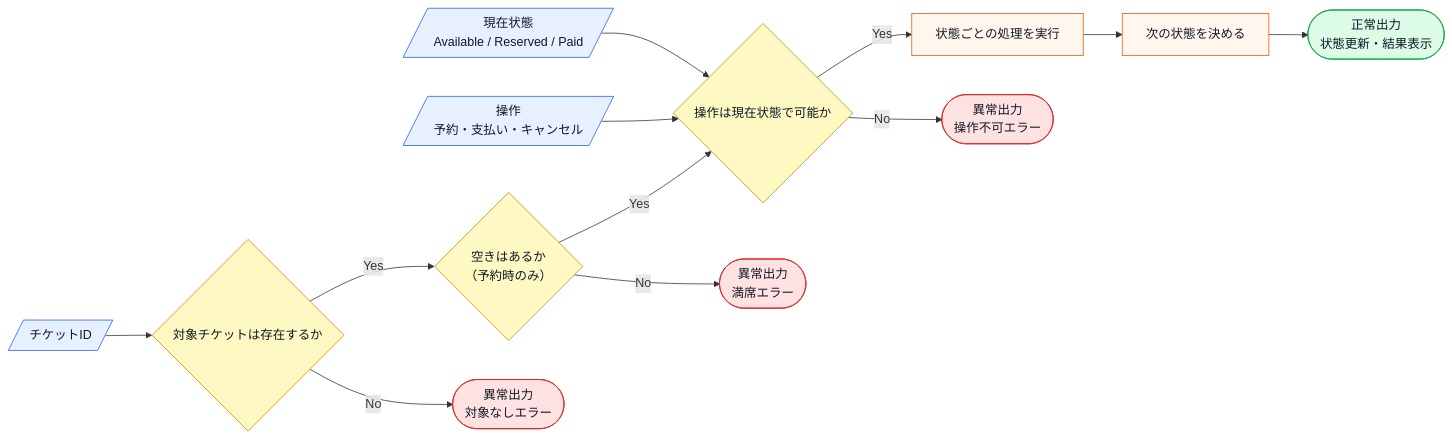
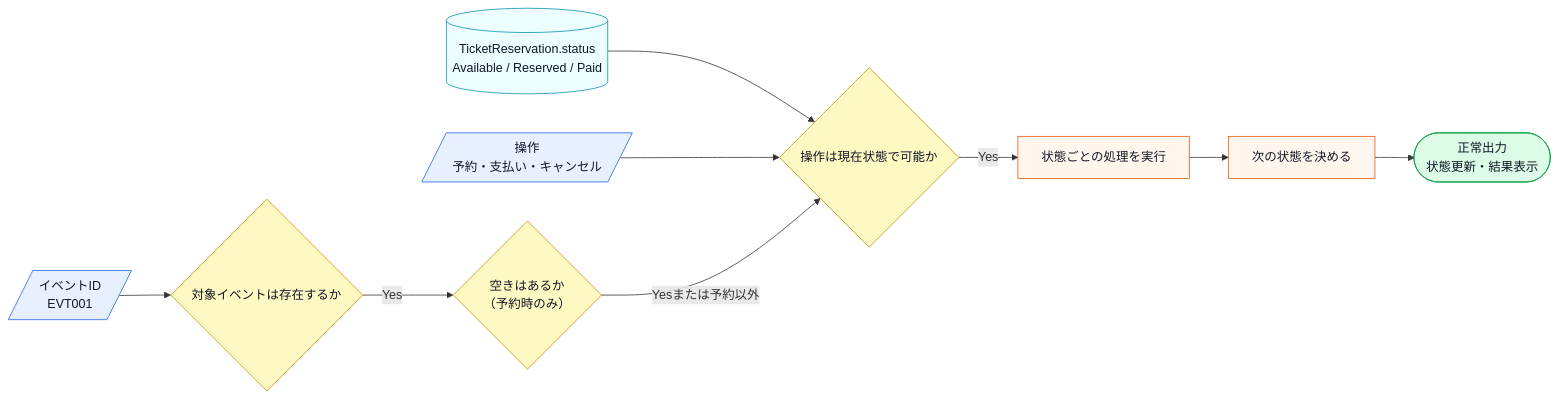
One commit to kumachan1101-pixel/DesignPattern changed the second of 12 diagrams in kindle/design-patterns/output/chapter03.md. Above: the diagram before and after it, drawn with Mermaid. The commit also changed other lines of this file and 11 other files, not shown here.

Commit message:
docs: 残タスクの仕様図と外部境界を全章反映

````diff
--- a/kindle/design-patterns/output/chapter03.md
+++ b/kindle/design-patterns/output/chapter03.md
@@ -44,20 +63,17 @@
 ```mermaid
 flowchart LR
-    A[/現在状態<br>Available / Reserved / Paid/]:::input --> B{操作は現在状態で可能か}:::decision
+    A[(TicketReservation.status<br>Available / Reserved / Paid)]:::data --> B{操作は現在状態で可能か}:::decision
     C[/操作<br>予約・支払い・キャンセル/]:::input --> B
-    D[/チケットID/]:::input --> E{対象チケットは存在するか}:::decision
+    D[/イベントID<br>EVT001/]:::input --> E{対象イベントは存在するか}:::decision
     E -->|Yes| K{空きはあるか<br>（予約時のみ）}:::decision
-    K -->|Yes| B
+    K -->|Yesまたは予約以外| B
     B -->|Yes| F[状態ごとの処理を実行]:::process
     F --> G[次の状態を決める]:::process
     G --> H([正常出力<br>状態更新・結果表示]):::normal
-    E -->|No| I([異常出力<br>対象なしエラー]):::error
-    K -->|No| L([異常出力<br>満席エラー]):::error
-    B -->|No| J([異常出力<br>操作不可エラー]):::error
 
+    classDef data fill:#ecfeff,stroke:#0891b2,color:#111827;
     classDef input fill:#e7f0ff,stroke:#2563eb,color:#111827;
     classDef process fill:#fff7ed,stroke:#ea580c,color:#111827;
     classDef decision fill:#fef9c3,stroke:#ca8a04,color:#111827;
     classDef normal fill:#dcfce7,stroke:#16a34a,color:#111827;
-    classDef error fill:#fee2e2,stroke:#dc2626,color:#111827;
 ```
````
